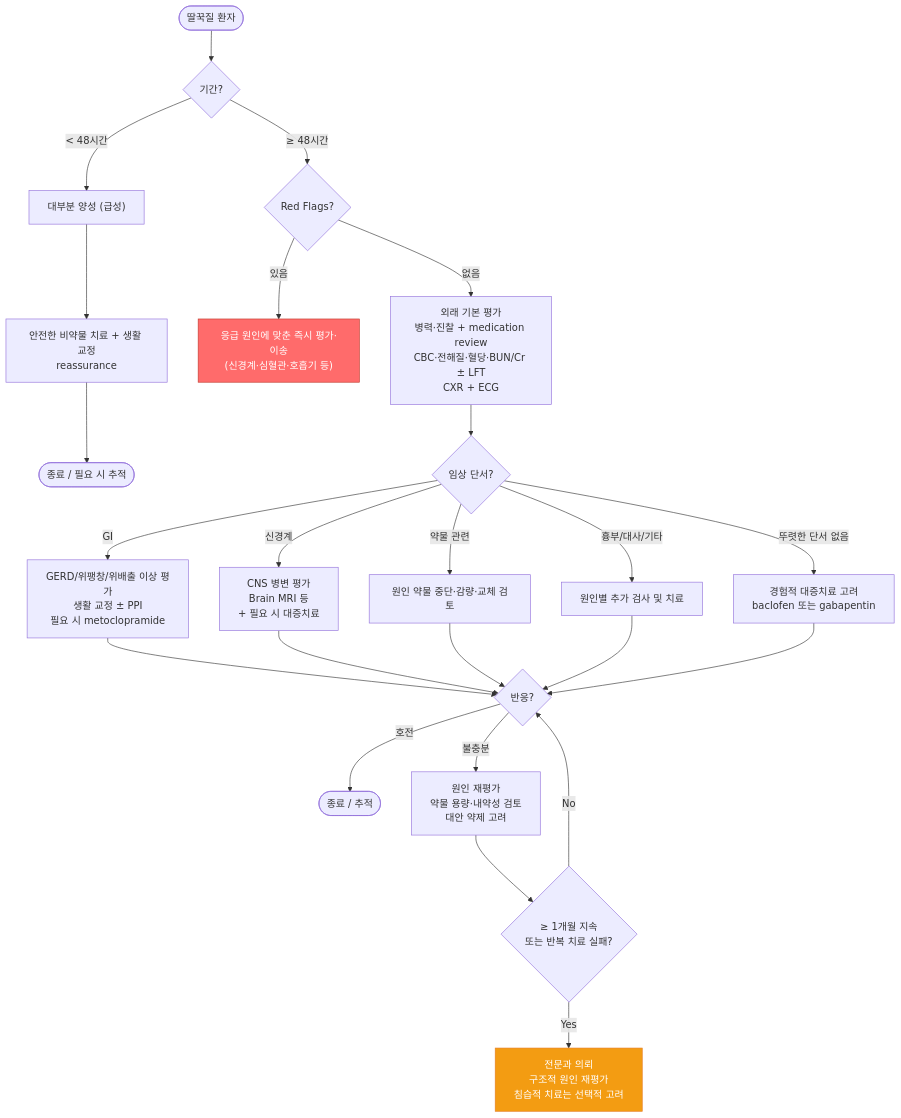
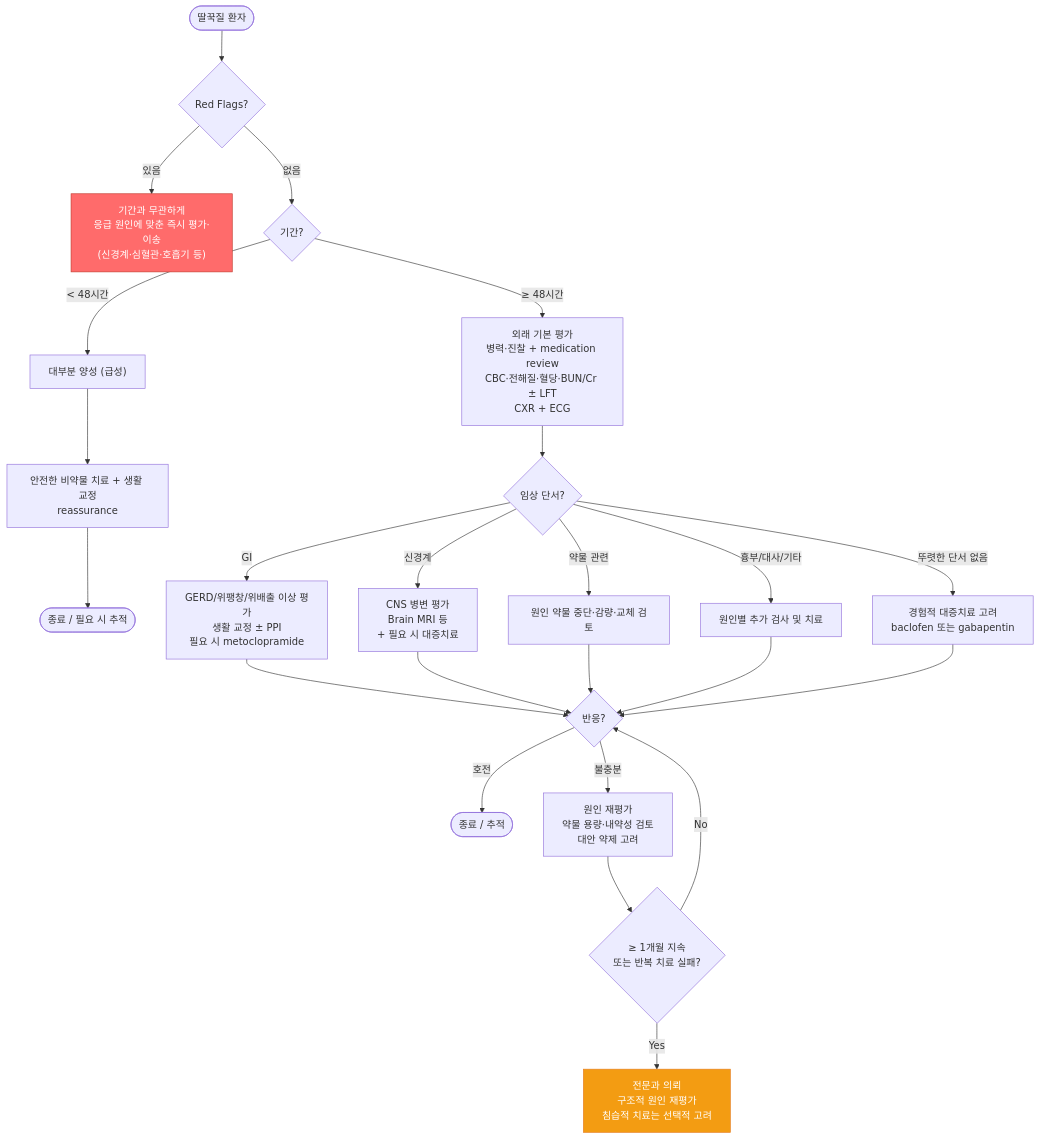
The diagram in 220_/010_-hiccups-singultus.md (familyoh77/familyoh77), drawn with Mermaid before and after one commit. The commit also changed other lines of this file, not shown here.

````diff
--- a/220_/010_-hiccups-singultus.md
+++ b/220_/010_-hiccups-singultus.md
@@ -106,33 +110,34 @@
 ```mermaid
 graph TD
-    A([딸꾹질 환자]) --> B{기간?}
+    A([딸꾹질 환자]) --> Z{Red Flags?}
+    Z -->|있음| G["기간과 무관하게<br/>응급 원인에 맞춘 즉시 평가·이송<br/>(신경계·심혈관·호흡기 등)"]
+    Z -->|없음| B{기간?}
+
     B -->|"< 48시간"| C["대부분 양성 (급성)"]
     C --> D["안전한 비약물 치료 + 생활 교정<br/>reassurance"]
     D --> E([종료 / 필요 시 추적])
 
-    B -->|"≥ 48시간"| F{Red Flags?}
-    F -->|있음| G["응급 원인에 맞춘 즉시 평가·이송<br/>(신경계·심혈관·호흡기 등)"]
-    F -->|없음| H["외래 기본 평가<br/>병력·진찰 + medication review<br/>CBC·전해질·혈당·BUN/Cr ± LFT<br/>CXR + ECG"]
+    B -->|"≥ 48시간"| H["외래 기본 평가<br/>병력·진찰 + medication review<br/>CBC·전해질·혈당·BUN/Cr ± LFT<br/>CXR + ECG"]
 
     H --> I{임상 단서?}
     I -->|GI| J["GERD/위팽창/위배출 이상 평가<br/>생활 교정 ± PPI<br/>필요 시 metoclopramide"]
     I -->|신경계| K["CNS 병변 평가<br/>Brain MRI 등<br/>+ 필요 시 대증치료"]
     I -->|약물 관련| L["원인 약물 중단·감량·교체 검토"]
     I -->|흉부/대사/기타| M["원인별 추가 검사 및 치료"]
     I -->|뚜렷한 단서 없음| N["경험적 대증치료 고려<br/>baclofen 또는 gabapentin"]
 
     J --> O{반응?}
     K --> O
     L --> O
     M --> O
     N --> O
 
     O -->|호전| P([종료 / 추적])
     O -->|불충분| Q["원인 재평가<br/>약물 용량·내약성 검토<br/>대안 약제 고려"]
     Q --> R{"≥ 1개월 지속<br/>또는 반복 치료 실패?"}
     R -->|Yes| S["전문과 의뢰<br/>구조적 원인 재평가<br/>침습적 치료는 선택적 고려"]
     R -->|No| O
 
     style G fill:#ff6b6b,stroke:#c0392b,color:#fff
     style S fill:#f39c12,stroke:#e67e22,color:#fff
 ```
````
